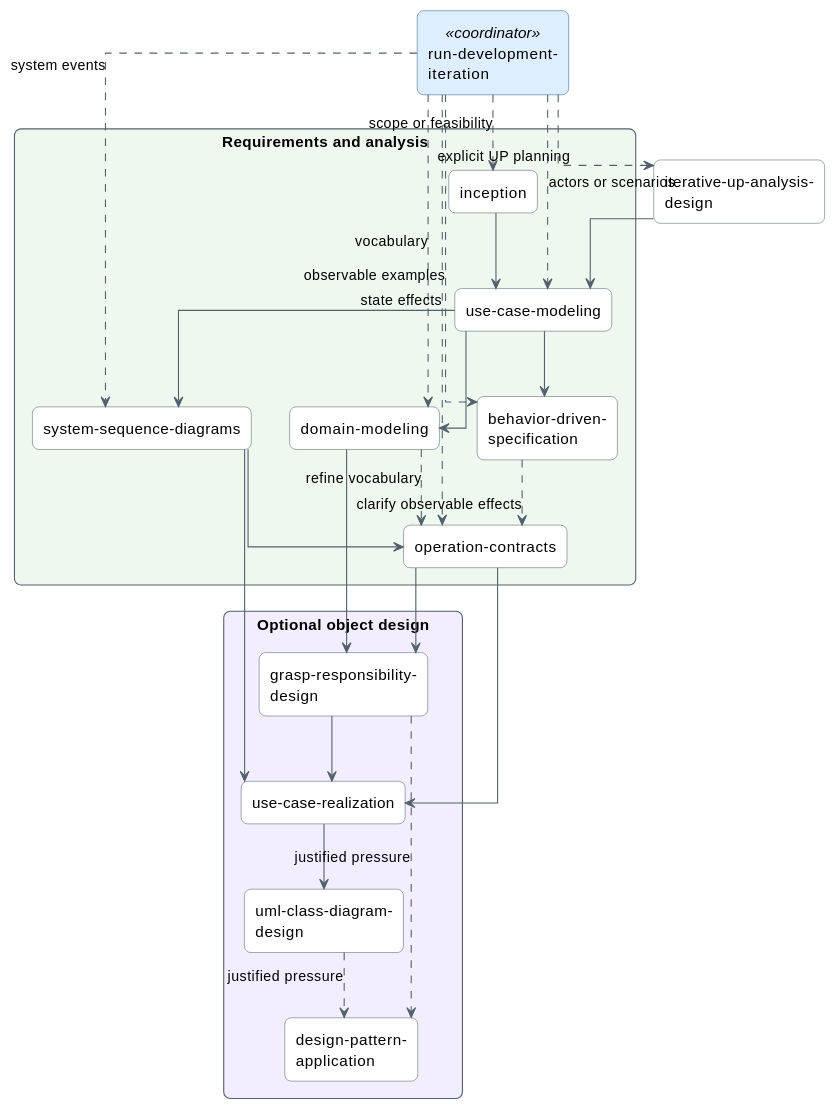
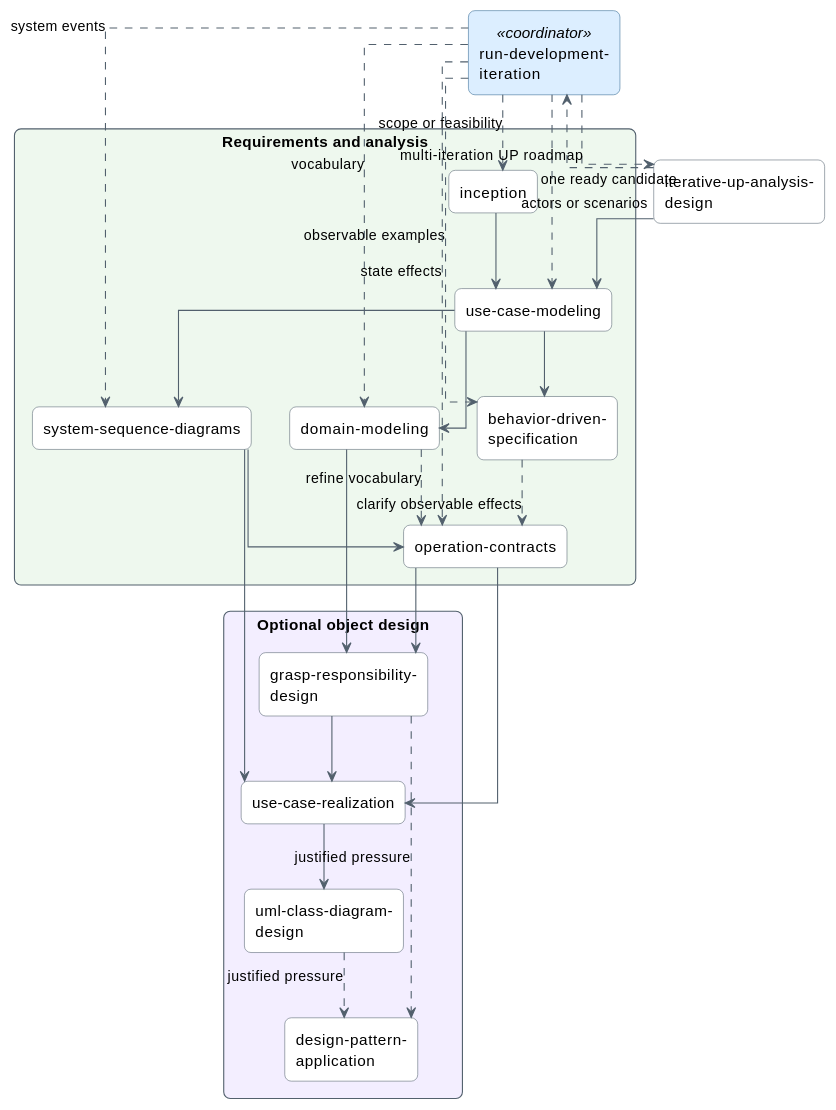
One commit to sirius-cc-wu/sirius-skills changed the third of 5 diagrams in catalog/skill-relationships.md. Above: the diagram before and after it, drawn with PlantUML. The commit also changed other lines of this file and 55 other files, not shown here.

````diff
--- a/catalog/skill-relationships.md
+++ b/catalog/skill-relationships.md
@@ -208,64 +209,65 @@
 ```plantuml
 @startuml iterative-design-skill-relationships
 top to bottom direction
 
 skinparam backgroundColor #FFFFFF
 skinparam shadowing false
 skinparam packageStyle rectangle
 skinparam linetype ortho
 skinparam defaultFontName Arial
 skinparam ArrowColor #52606D
 skinparam rectangle {
   BackgroundColor #FFFFFF
   BorderColor #52606D
   RoundCorner 12
 }
 skinparam rectangle<<coordinator>> {
   BackgroundColor #DCEEFF
   BorderColor #2F6690
 }
 
 rectangle "run-development-\niteration" as iterative <<coordinator>>
 rectangle "iterative-up-analysis-\ndesign" as up
 
 package "Requirements and analysis" #EEF8EE {
   rectangle "inception" as inception
   rectangle "use-case-modeling" as usecases
   rectangle "behavior-driven-\nspecification" as behavior
   rectangle "domain-modeling" as domain
   rectangle "system-sequence-diagrams" as ssd
   rectangle "operation-contracts" as contracts
 }
 
 package "Optional object design" #F3EEFF {
   rectangle "grasp-responsibility-\ndesign" as grasp
   rectangle "use-case-realization" as realization
   rectangle "uml-class-diagram-\ndesign" as classdiagram
   rectangle "design-pattern-\napplication" as patterns
 }
 
 iterative ..> inception : scope or feasibility
 iterative ..> usecases : actors or scenarios
 iterative ..> behavior : observable examples
 iterative ..> domain : vocabulary
 iterative ..> ssd : system events
 iterative ..> contracts : state effects
-iterative ..> up : explicit UP planning
+iterative ..> up : multi-iteration UP roadmap
+up ..> iterative : one ready candidate
 up --> usecases
 inception --> usecases
 usecases --> behavior
 usecases --> domain
 usecases --> ssd
 behavior ..> contracts : clarify observable effects
 domain ..> contracts : refine vocabulary
 ssd --> contracts
 domain --> grasp
 contracts --> grasp
 ssd --> realization
 contracts --> realization
 grasp --> realization
 realization --> classdiagram
 grasp ..> patterns : justified pressure
 classdiagram ..> patterns : justified pressure
 @enduml
 ```
````
